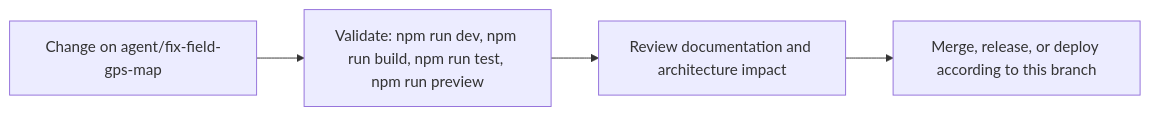
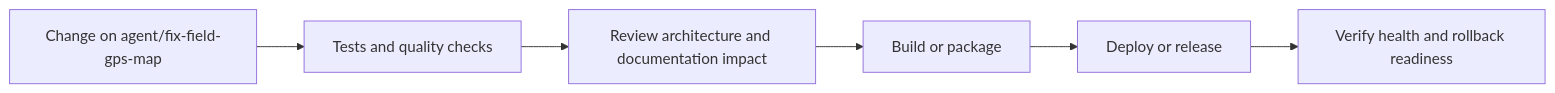
Before and after one commit to Nischhalsubba/Napiyo: the fourth of 5 diagrams in README.md, drawn with Mermaid. The commit also changed other lines of this file, not shown here.

````diff
--- a/README.md
+++ b/README.md
@@ -72,8 +153,8 @@
 ```mermaid
 flowchart LR
-    CHANGE["Change on agent/fix-field-gps-map"]
-    CHECK["Validate: npm run dev, npm run build, npm run test, npm run preview"]
-    REVIEW["Review documentation and architecture impact"]
-    RELEASE["Merge, release, or deploy according to this branch"]
-    CHANGE --> CHECK --> REVIEW --> RELEASE
+    CHANGE["Change on agent/fix-field-gps-map"] --> CHECK["Tests and quality checks"]
+    CHECK --> REVIEW["Review architecture and documentation impact"]
+    REVIEW --> BUILD["Build or package"]
+    BUILD --> DEPLOY["Deploy or release"]
+    DEPLOY --> VERIFY["Verify health and rollback readiness"]
 ```
````
